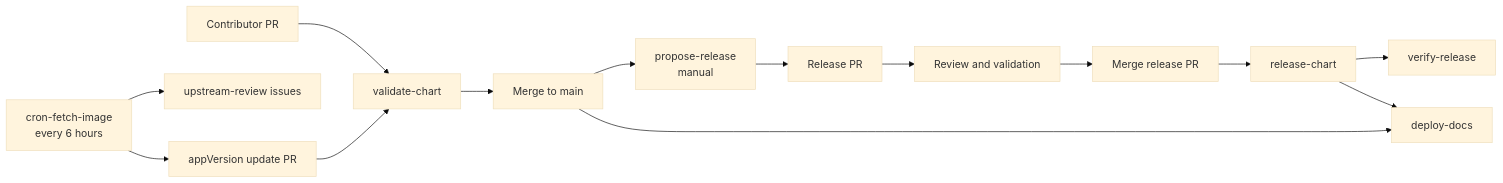
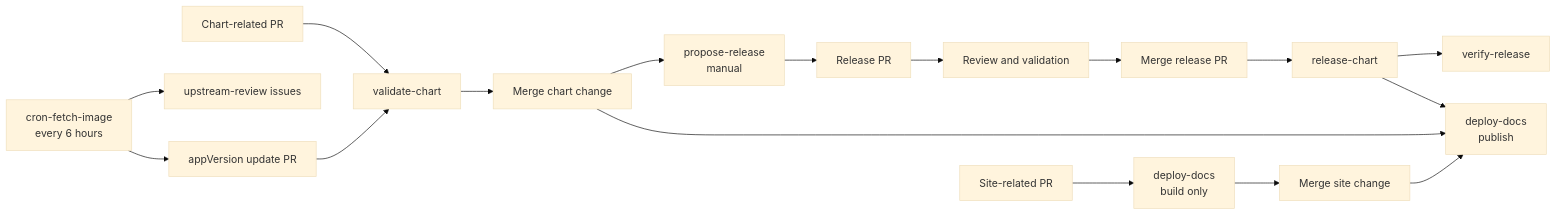
Before and after one commit to jyje/hermes-agent-helm: the diagram in docs/contributing/ci.md, drawn with Mermaid (base theme). The commit also changed other lines of this file and 2 other files, not shown here.

````diff
--- a/docs/contributing/ci.md
+++ b/docs/contributing/ci.md
@@ -22,16 +22,19 @@
 ```mermaid
 flowchart LR
     C["cron-fetch-image<br/>every 6 hours"] --> U["appVersion update PR"]
     C --> I["upstream-review issues"]
-    P["Contributor PR"] --> V["validate-chart"]
+    P["Chart-related PR"] --> V["validate-chart"]
+    S["Site-related PR"] --> B["deploy-docs<br/>build only"]
     U --> V
-    V --> M["Merge to main"]
+    V --> M["Merge chart change"]
+    B --> SM["Merge site change"]
     M --> R["propose-release<br/>manual"]
     R --> RP["Release PR"]
     RP --> RV["Review and validation"]
     RV --> RM["Merge release PR"]
     RM --> RC["release-chart"]
     RC --> VR["verify-release"]
-    RC --> D["deploy-docs"]
+    RC --> D["deploy-docs<br/>publish"]
     M --> D
+    SM --> D
 ```
````
